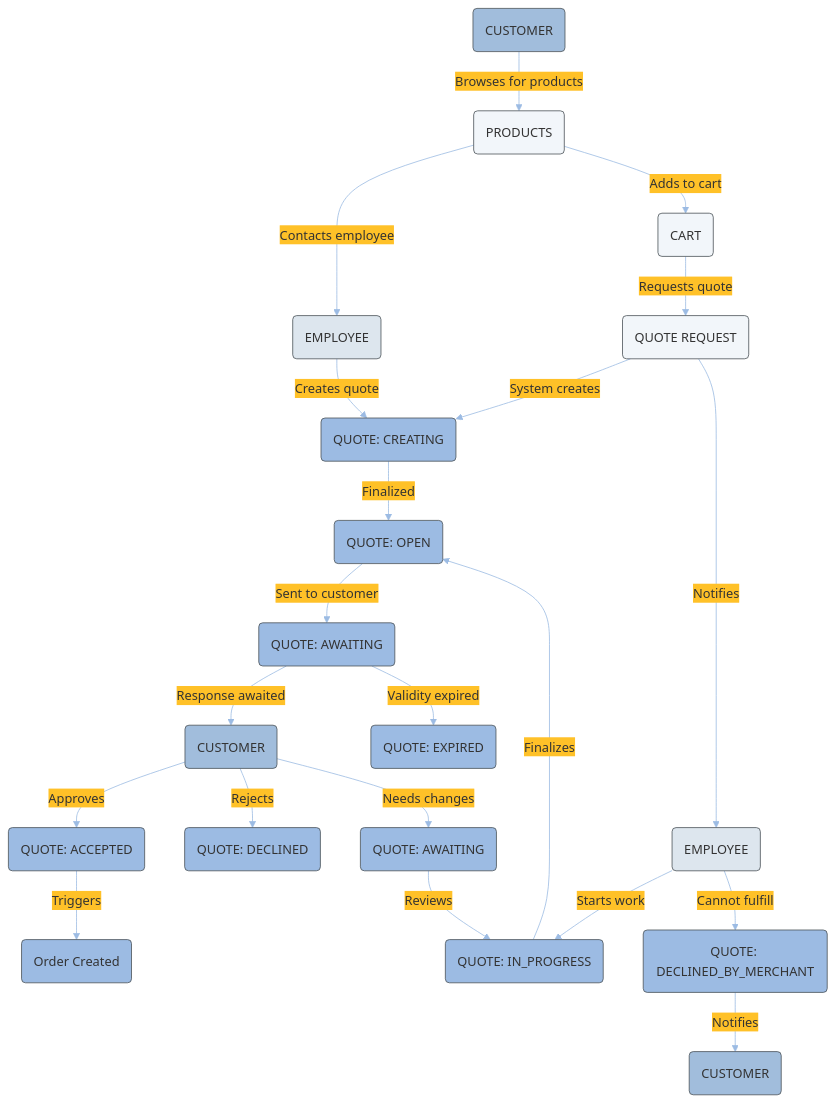
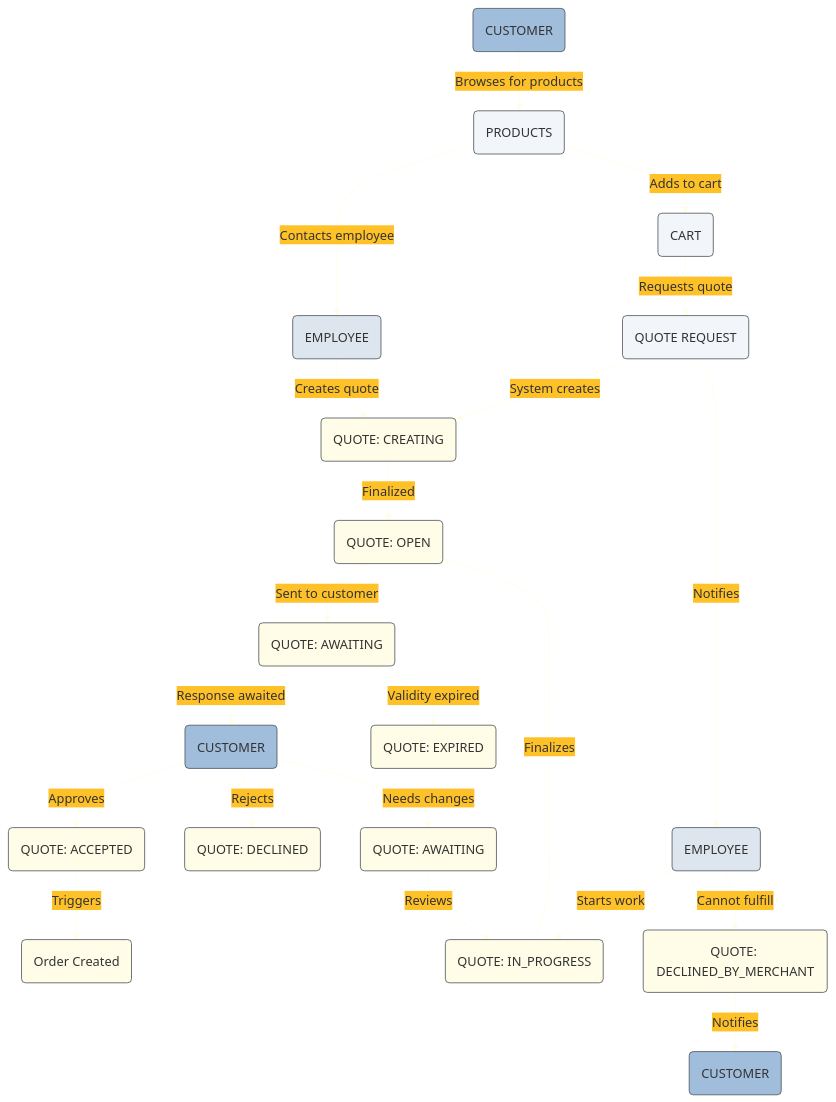
One commit to emporix/api-references changed the diagram in quotes/quote/quote.md. Above: the diagram before and after it, drawn with Mermaid. The commit also changed other lines of this file, not shown here.

````diff
--- a/quotes/quote/quote.md
+++ b/quotes/quote/quote.md
@@ -47,70 +47,70 @@
 ```mermaid
 ---
 config:
   layout: fixed
   theme: base
   look: classic
   themeVariables:
     background: transparent
-    lineColor: "#9CBBE3"
-    arrowheadColor: "#9CBBE3"
+    lineColor: "#FFFDE7"
+    arrowheadColor: "#FFFDE7"
     edgeLabelBackground: "#FFC128" 
     edgeLabelTextColor: "#4C5359"
     actorBorder: '#4C5359'
 ---
 graph TD
     CUSTOMER1(CUSTOMER)
     PRODUCTS(PRODUCTS)
     
     CUSTOMER1 -->|Browses for products| PRODUCTS
     
     PRODUCTS -->|Contacts employee| EMPLOYEE1(EMPLOYEE)
     PRODUCTS -->|Adds to cart| CART(CART)
     
     EMPLOYEE1 -->|Creates quote| CREATING(QUOTE: CREATING)
     CART -->|Requests quote| QUOTE_REQUEST(QUOTE REQUEST)
     
     QUOTE_REQUEST -->|System creates| CREATING
     QUOTE_REQUEST -->|Notifies| EMPLOYEE2(EMPLOYEE)
     
     CREATING -->|Finalized| OPEN(QUOTE: OPEN)
     EMPLOYEE2 -->|Starts work| IN_PROGRESS(QUOTE: IN_PROGRESS)
     
     IN_PROGRESS -->|Finalizes| OPEN
     EMPLOYEE2 -->|Cannot fulfill| DECLINED_MERCHANT(QUOTE: DECLINED_BY_MERCHANT)
     
     DECLINED_MERCHANT -->|Notifies| CUSTOMER3(CUSTOMER)
     
     OPEN -->|Sent to customer| AWAITING_CUSTOMER(QUOTE: AWAITING)
     
     AWAITING_CUSTOMER -->|Response awaited| CUSTOMER2(CUSTOMER)
     AWAITING_CUSTOMER -->|Validity expired| EXPIRED(QUOTE: EXPIRED)
     
     CUSTOMER2 -->|Approves| ACCEPTED(QUOTE: ACCEPTED)
     CUSTOMER2 -->|Rejects| DECLINED(QUOTE: DECLINED)
     CUSTOMER2 -->|Needs changes| AWAITING_EMPLOYEE(QUOTE: AWAITING)
     
     AWAITING_EMPLOYEE -->|Reviews| IN_PROGRESS
     
     ACCEPTED -->|Triggers| ORDER(Order Created)
     
-    style CREATING fill:#9CBBE3, stroke:#4C5359
-    style OPEN fill:#9CBBE3, stroke:#4C5359
-    style AWAITING_CUSTOMER fill:#9CBBE3, stroke:#4C5359
-    style AWAITING_EMPLOYEE fill:#9CBBE3, stroke:#4C5359
-    style IN_PROGRESS fill:#9CBBE3, stroke:#4C5359
-    style ACCEPTED fill:#9CBBE3, stroke:#4C5359
-    style DECLINED fill:#9CBBE3, stroke:#4C5359
-    style DECLINED_MERCHANT fill:#9CBBE3, stroke:#4C5359
-    style EXPIRED fill:#9CBBE3, stroke:#4C5359
+    style CREATING fill:#FFFDE7, stroke:#4C5359
+    style OPEN fill:#FFFDE7, stroke:#4C5359
+    style AWAITING_CUSTOMER fill:#FFFDE7, stroke:#4C5359
+    style AWAITING_EMPLOYEE fill:#FFFDE7, stroke:#4C5359
+    style IN_PROGRESS fill:#FFFDE7, stroke:#4C5359
+    style ACCEPTED fill:#FFFDE7, stroke:#4C5359
+    style DECLINED fill:#FFFDE7, stroke:#4C5359
+    style DECLINED_MERCHANT fill:#FFFDE7, stroke:#4C5359
+    style EXPIRED fill:#FFFDE7, stroke:#4C5359
 
     style CUSTOMER1 fill:#A1BDDC, stroke:#4C5359
     style CUSTOMER2 fill:#A1BDDC, stroke:#4C5359
     style CUSTOMER3 fill:#A1BDDC, stroke:#4C5359
     style EMPLOYEE1 fill:#DDE6EE, stroke:#4C5359
     style EMPLOYEE2 fill:#DDE6EE, stroke:#4C5359
     style CART fill:#F2F6FA, stroke:#4C5359
     style PRODUCTS fill:#F2F6FA, stroke:#4C5359
     style QUOTE_REQUEST fill:#F2F6FA, stroke:#4C5359
-    style ORDER fill:#9CBBE3, stroke:#4C5359
+    style ORDER fill:#FFFDE7, stroke:#4C5359
 ```
````
